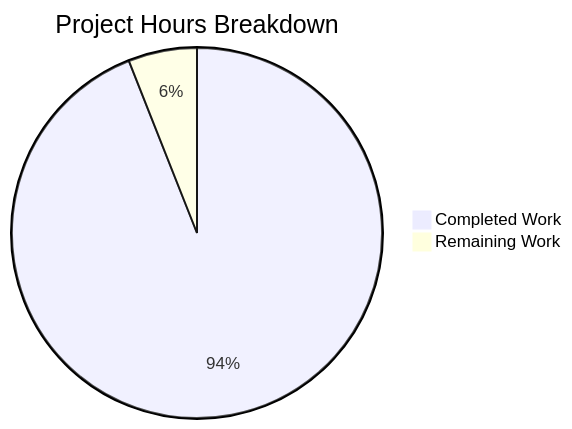
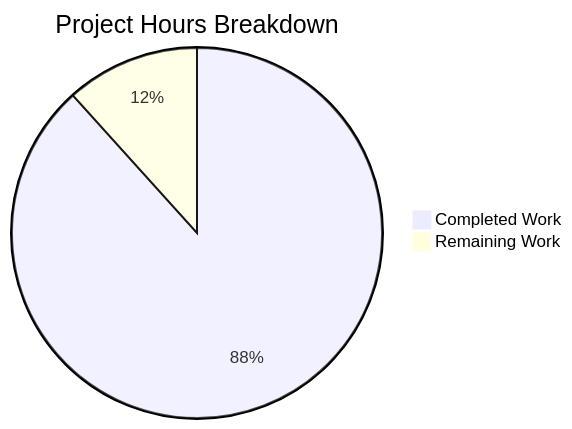
The third of 3 diagrams in blitzy/documentation/Project Guide.md (sudhanshu-spec/test-spec), drawn with Mermaid before and after one commit. The commit also changed other lines of this file, not shown here.

Commit message:
Adding Blitzy Project Guide: Project Status and Human Tasks Remaining

````diff
--- a/blitzy/documentation/Project Guide.md
+++ b/blitzy/documentation/Project Guide.md
@@ -88,5 +87,5 @@
 ```mermaid
 pie title Project Hours Breakdown
-    "Completed Work" : 47
-    "Remaining Work" : 3
+    "Completed Work" : 60.5
+    "Remaining Work" : 8
 ```
````
